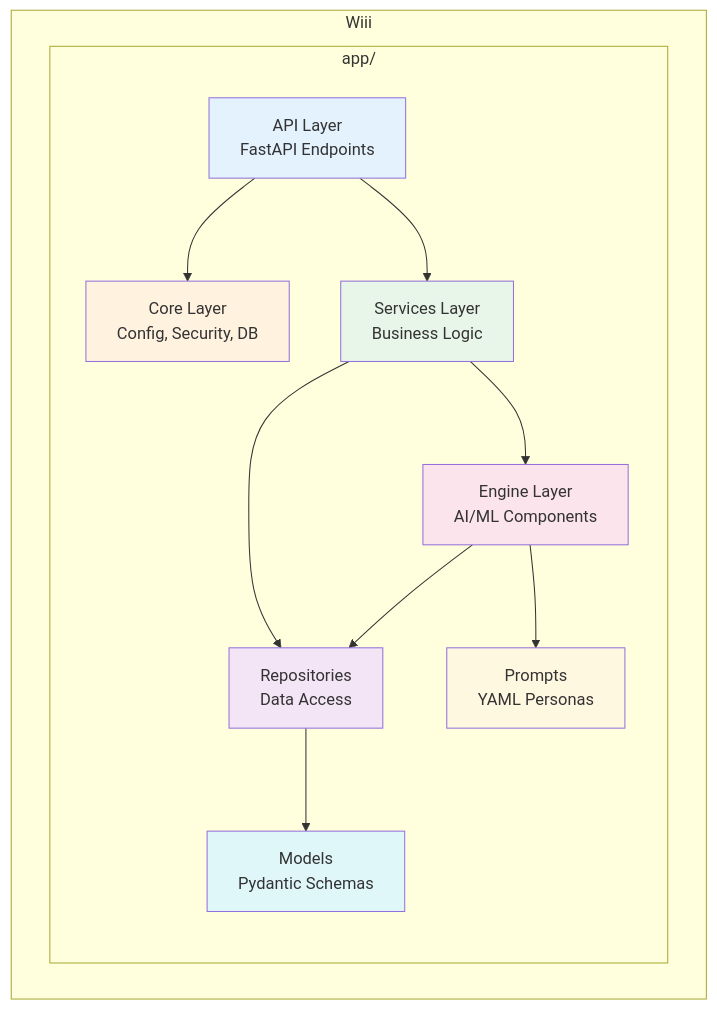
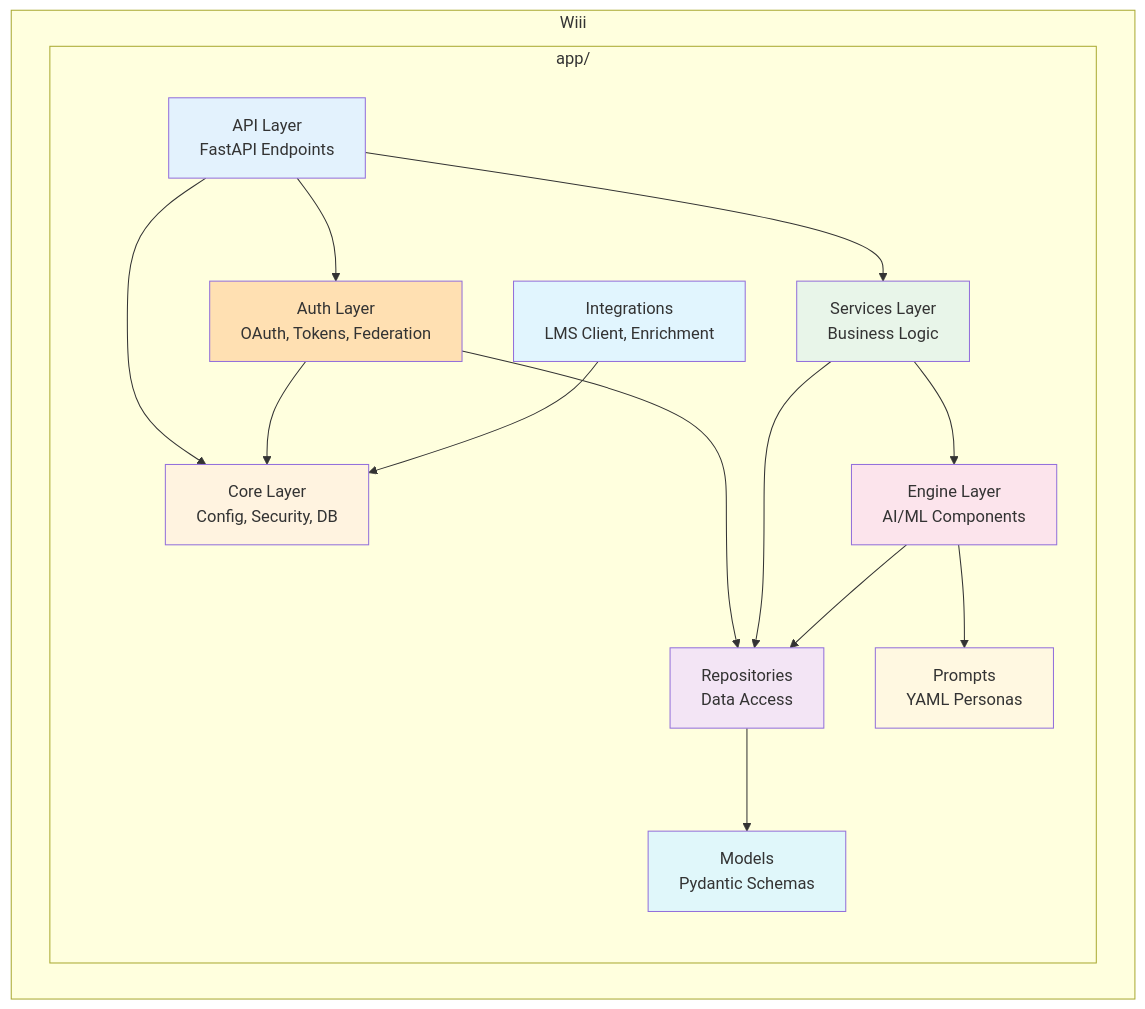
One commit to meiiie/wiii changed the second of 12 diagrams in maritime-ai-service/docs/architecture/FOLDER_MAP.md. Above: the diagram before and after it, drawn with Mermaid. The commit also changed other lines of this file and 175 other files, not shown here.

````diff
--- a/maritime-ai-service/docs/architecture/FOLDER_MAP.md
+++ b/maritime-ai-service/docs/architecture/FOLDER_MAP.md
@@ -62,30 +73,38 @@
 ```mermaid
 graph TB
     subgraph "Wiii"
         subgraph "app/"
             API[API Layer<br/>FastAPI Endpoints]
             Core[Core Layer<br/>Config, Security, DB]
+            Auth[Auth Layer<br/>OAuth, Tokens, Federation]
             Services[Services Layer<br/>Business Logic]
             Engine[Engine Layer<br/>AI/ML Components]
+            Integrations[Integrations<br/>LMS Client, Enrichment]
             Repos[Repositories<br/>Data Access]
             Models[Models<br/>Pydantic Schemas]
             Prompts[Prompts<br/>YAML Personas]
         end
     end
-    
+
     API --> Core
+    API --> Auth
     API --> Services
+    Auth --> Core
+    Auth --> Repos
     Services --> Engine
     Services --> Repos
     Engine --> Repos
     Engine --> Prompts
+    Integrations --> Core
     Repos --> Models
-    
+
     style API fill:#e3f2fd
     style Core fill:#fff3e0
+    style Auth fill:#ffe0b2
     style Services fill:#e8f5e9
     style Engine fill:#fce4ec
+    style Integrations fill:#e1f5fe
     style Repos fill:#f3e5f5
     style Models fill:#e0f7fa
     style Prompts fill:#fff8e1
 ```
````
